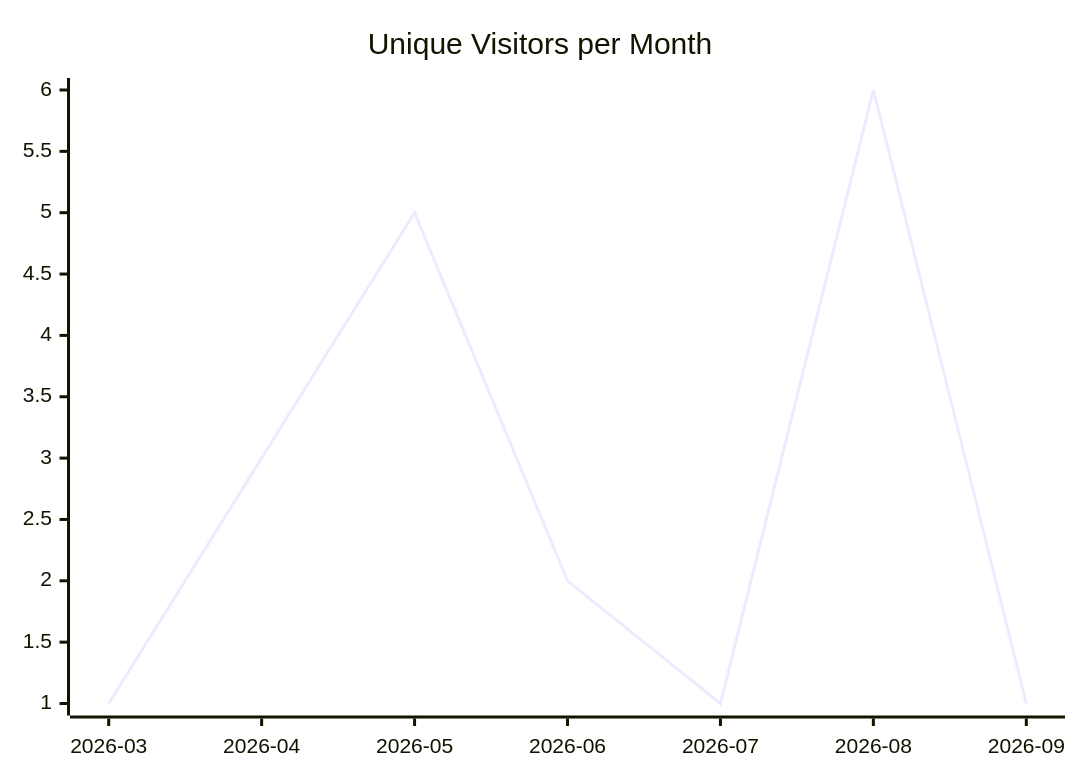
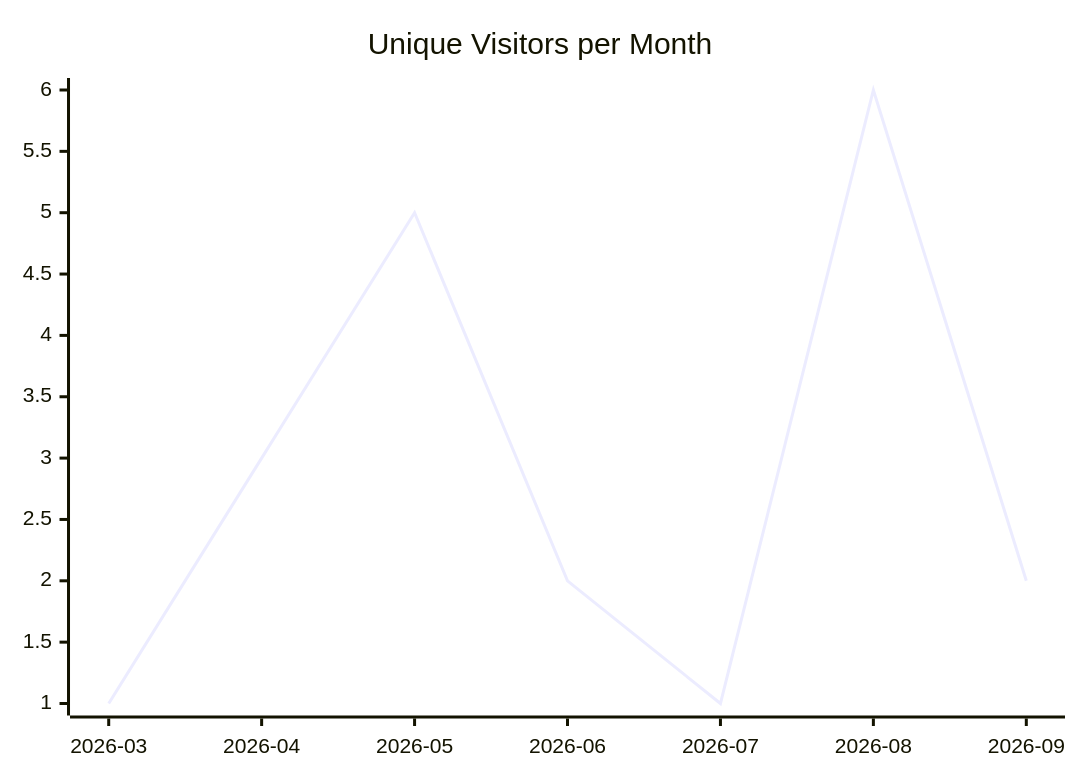
One commit to justdavis-family/github-analytics-data changed the first of 3 diagrams in justdavis-family/justdavis/README.md. Above: the diagram before and after it, drawn with Mermaid. The commit also changed other lines of this file and 185 other files, not shown here.

````diff
--- a/justdavis-family/justdavis/README.md
+++ b/justdavis-family/justdavis/README.md
@@ -5,6 +5,6 @@
 ```mermaid
 xychart-beta
   title "Unique Visitors per Month"
   x-axis ["2026-03", "2026-04", "2026-05", "2026-06", "2026-07", "2026-08", "2026-09"]
-  line [1, 3, 5, 2, 1, 6, 1]
+  line [1, 3, 5, 2, 1, 6, 2]
 ```
````
